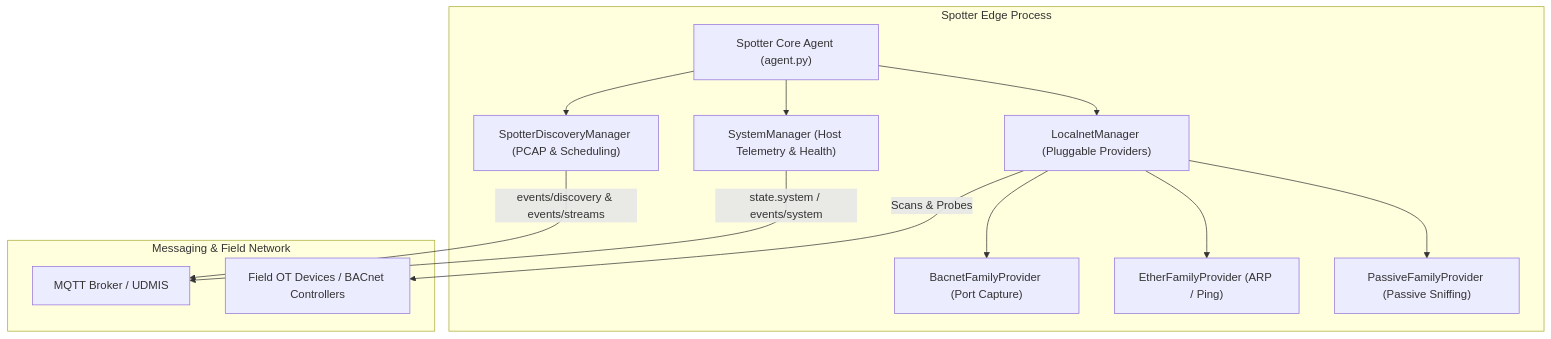
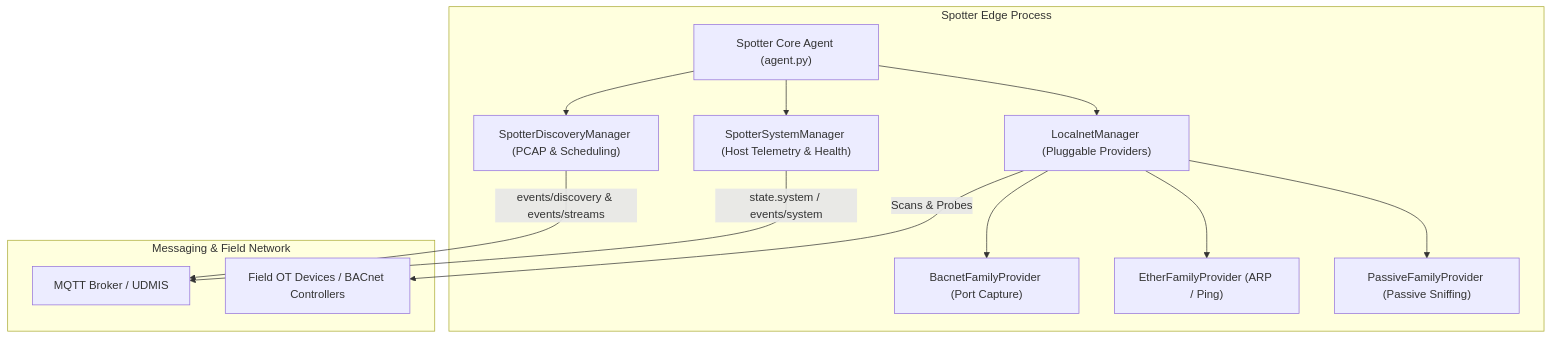
The diagram in edge/spotter/README.md (khyatimahendru/udmi), drawn with Mermaid before and after one commit. The commit also changed other lines of this file and 6 other files, not shown here.

````diff
--- a/edge/spotter/README.md
+++ b/edge/spotter/README.md
@@ -22,30 +22,30 @@
 ```mermaid
 graph TD
     subgraph "Spotter Edge Process"
         AGENT["Spotter Core Agent (agent.py)"]
-        SYS["SystemManager (Host Telemetry & Health)"]
+        SYS["SpotterSystemManager (Host Telemetry & Health)"]
         DISC["SpotterDiscoveryManager (PCAP & Scheduling)"]
         LOC["LocalnetManager (Pluggable Providers)"]
         
         BAC["BacnetFamilyProvider (Port Capture)"]
         ETH["EtherFamilyProvider (ARP / Ping)"]
         PAS["PassiveFamilyProvider (Passive Sniffing)"]
         
         AGENT --> SYS
         AGENT --> DISC
         AGENT --> LOC
         
         LOC --> BAC
         LOC --> ETH
         LOC --> PAS
     end
 
     subgraph "Messaging & Field Network"
         MB["MQTT Broker / UDMIS"]
         DEV["Field OT Devices / BACnet Controllers"]
     end
 
     SYS -->|"state.system / events/system"| MB
     DISC -->|"events/discovery & events/streams"| MB
     LOC -->|"Scans & Probes"| DEV
 ```
````
